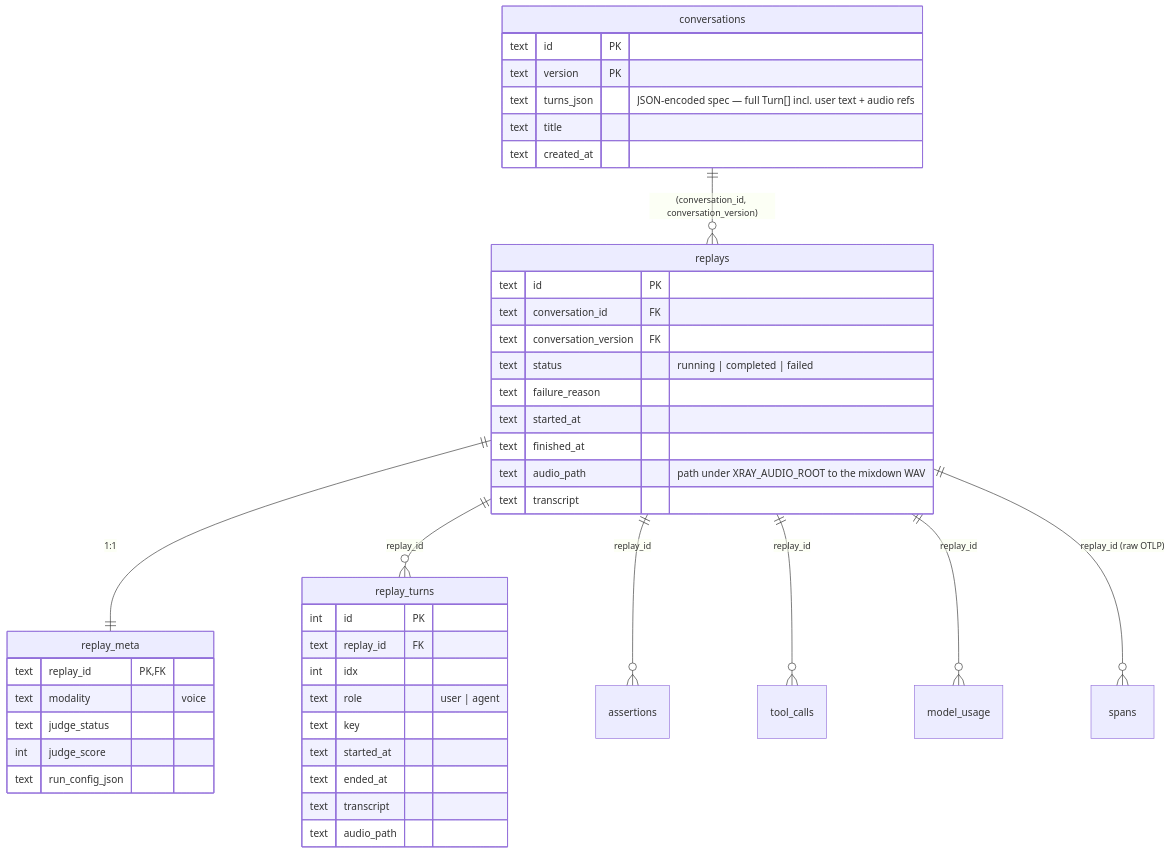
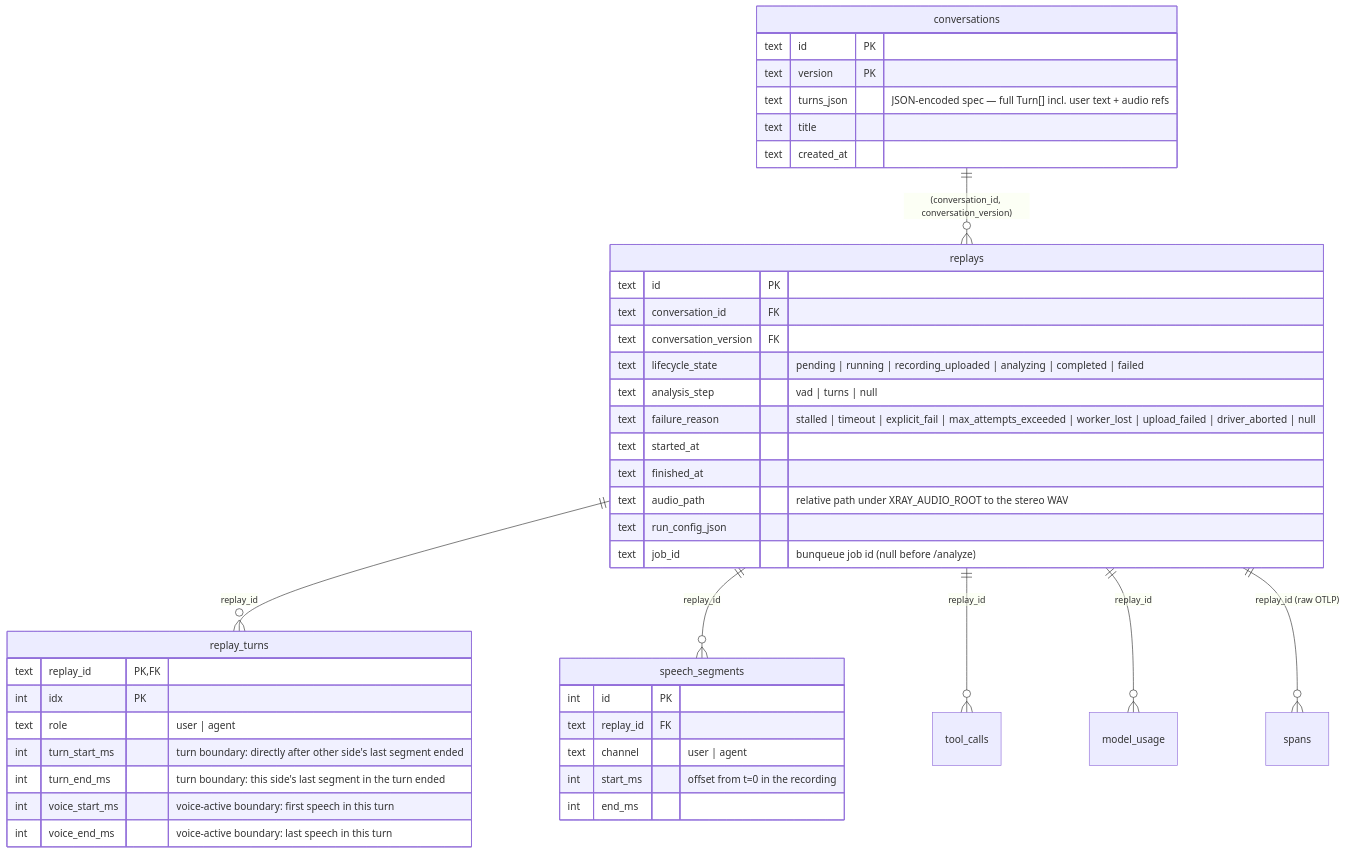
One commit to xray-eval/xray changed the fourth of 5 diagrams in docs/architecture.md. Above: the diagram before and after it, drawn with Mermaid. The commit also changed other lines of this file and 65 other files, not shown here.

First line of the commit message:
feat: server-as-analyzer — stereo WAV upload + VAD + turn derivation (#65)

````diff
--- a/docs/architecture.md
+++ b/docs/architecture.md
@@ -244,47 +277,46 @@
 ```mermaid
 erDiagram
     conversations ||--o{ replays : "(conversation_id, conversation_version)"
-    replays ||--|| replay_meta : "1:1"
     replays ||--o{ replay_turns : "replay_id"
-    replays ||--o{ assertions : "replay_id"
+    replays ||--o{ speech_segments : "replay_id"
     replays ||--o{ tool_calls : "replay_id"
     replays ||--o{ model_usage : "replay_id"
     replays ||--o{ spans : "replay_id (raw OTLP)"
 
     conversations {
         text id PK
         text version PK
         text turns_json "JSON-encoded spec — full Turn[] incl. user text + audio refs"
         text title
         text created_at
     }
     replays {
         text id PK
         text conversation_id FK
         text conversation_version FK
-        text status "running | completed | failed"
-        text failure_reason
+        text lifecycle_state "pending | running | recording_uploaded | analyzing | completed | failed"
+        text analysis_step "vad | turns | null"
+        text failure_reason "stalled | timeout | explicit_fail | max_attempts_exceeded | worker_lost | upload_failed | driver_aborted | null"
         text started_at
         text finished_at
-        text audio_path "path under XRAY_AUDIO_ROOT to the mixdown WAV"
-        text transcript
-    }
-    replay_meta {
-        text replay_id PK,FK
-        text modality "voice"
-        text judge_status
-        int judge_score
+        text audio_path "relative path under XRAY_AUDIO_ROOT to the stereo WAV"
         text run_config_json
+        text job_id "bunqueue job id (null before /analyze)"
     }
     replay_turns {
+        text replay_id PK,FK
+        int idx PK
+        text role "user | agent"
+        int turn_start_ms "turn boundary: directly after other side's last segment ended"
+        int turn_end_ms "turn boundary: this side's last segment in the turn ended"
+        int voice_start_ms "voice-active boundary: first speech in this turn"
+        int voice_end_ms "voice-active boundary: last speech in this turn"
+    }
+    speech_segments {
         int id PK
         text replay_id FK
-        int idx
-        text role "user | agent"
-        text key
-        text started_at
-        text ended_at
-        text transcript
-        text audio_path
+        text channel "user | agent"
+        int start_ms "offset from t=0 in the recording"
+        int end_ms
     }
 ```
````
